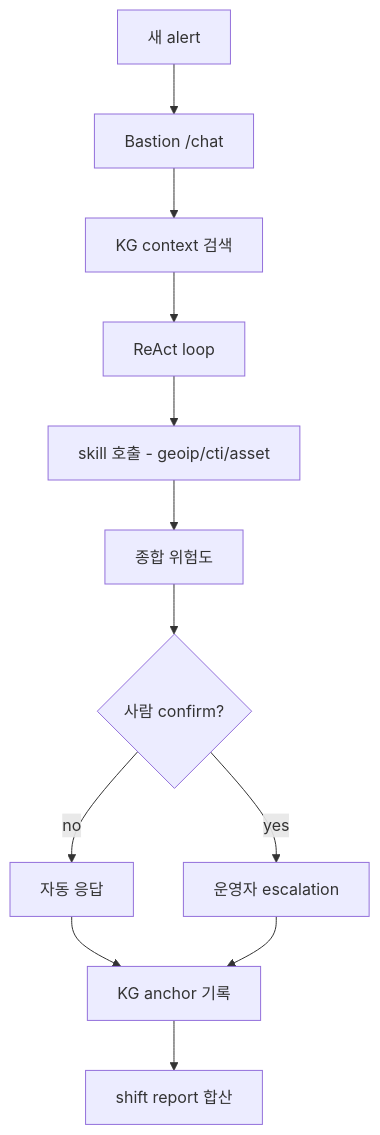
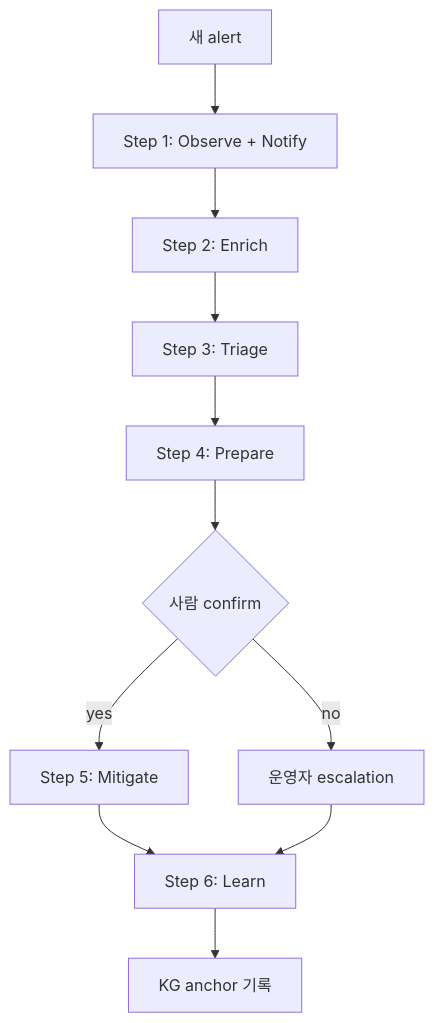
Before and after one commit to mrgrit/ccc: the first of 4 diagrams in contents/standalone/lecture/aisec/week12.md, drawn with Mermaid. The commit also changed other lines of this file and 1 other file, not shown here.

Commit message:
feat(standalone/aisec): W12 재작성 — Blue 6단계 + Red Plan-Execute + Purple cycle + RL Steering 4 연구 + 5 step 실 hands-on

````diff
--- a/contents/standalone/lecture/aisec/week12.md
+++ b/contents/standalone/lecture/aisec/week12.md
@@ -43,14 +49,13 @@
 ```mermaid
 flowchart TB
-    A[새 alert] --> B[Bastion /chat]
-    B --> C[KG context 검색]
-    C --> D[ReAct loop]
-    D --> E[skill 호출 - geoip/cti/asset]
-    E --> F[종합 위험도]
-    F --> G{사람 confirm?}
-    G -- no --> H[자동 응답]
-    G -- yes --> I[운영자 escalation]
-    H --> J[KG anchor 기록]
-    I --> J
-    J --> K[shift report 합산]
+    A[새 alert] --> B[Step 1: Observe + Notify]
+    B --> C[Step 2: Enrich]
+    C --> D[Step 3: Triage]
+    D --> E[Step 4: Prepare]
+    E --> F{사람 confirm}
+    F -- yes --> G[Step 5: Mitigate]
+    F -- no --> H[운영자 escalation]
+    G --> I[Step 6: Learn]
+    H --> I
+    I --> J[KG anchor 기록]
 ```
````
